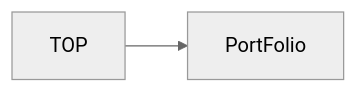
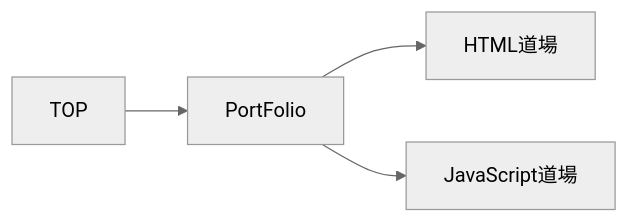
The diagram in README.md (portfoliobysk/portfoliobysk.github.io), drawn with Mermaid (neutral theme) before and after one commit. The commit also changed other lines of this file and 4 other files, not shown here.

````diff
--- a/README.md
+++ b/README.md
@@ -23,4 +23,6 @@
 ```mermaid
 graph LR
-    A[TOP] --> B[PortFolio]
+    A[TOP] --> B[PortFolio];
+    B --> C[HTML道場];
+    B --> D[JavaScript道場];
 ```
````
